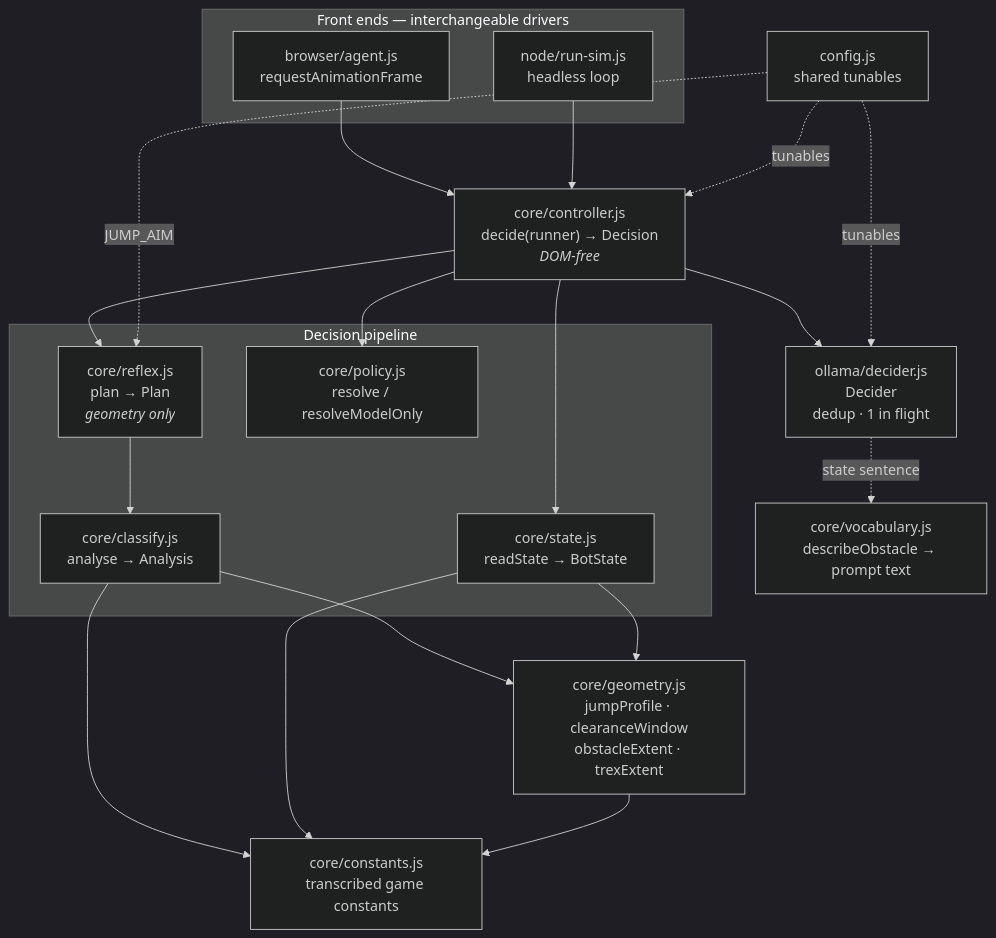
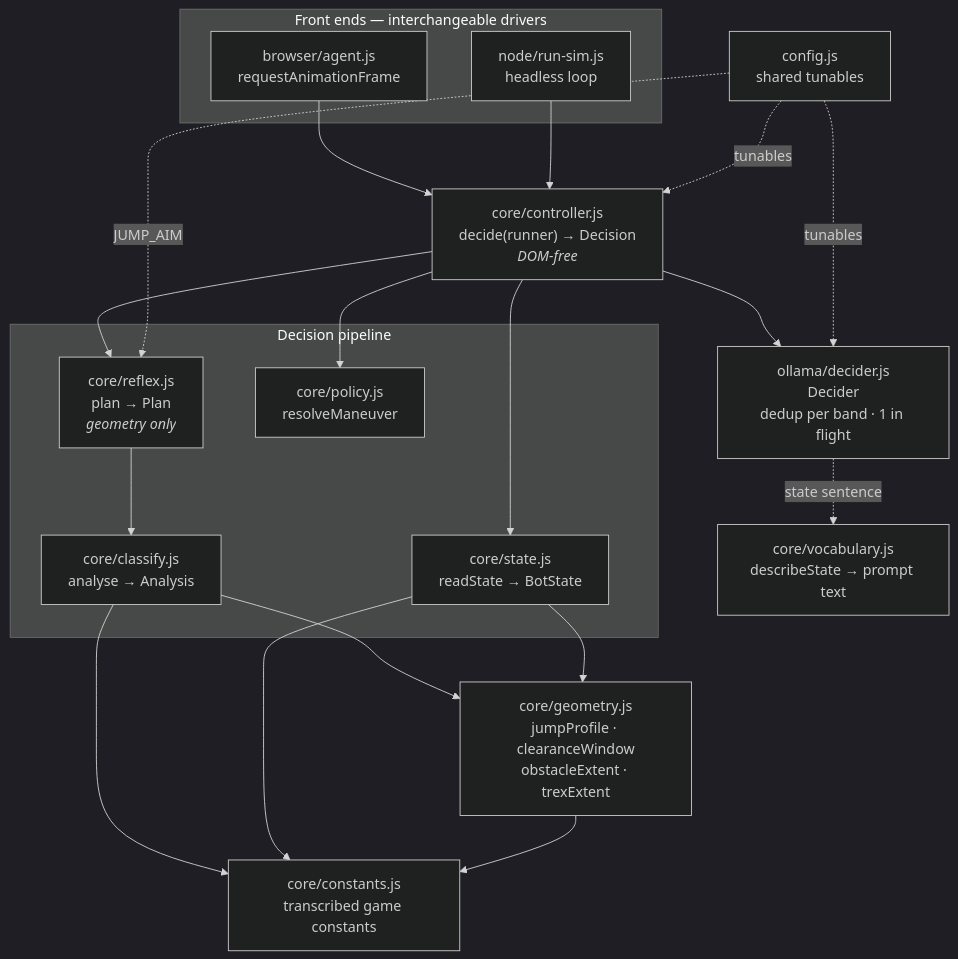
Before and after one commit to naufalmalikr/decisaur: the first of 8 diagrams in ARCHITECTURE.md, drawn with Mermaid (dark theme). The commit also changed other lines of this file and 18 other files, not shown here.

````diff
--- a/ARCHITECTURE.md
+++ b/ARCHITECTURE.md
@@ -21,39 +21,39 @@
 ```mermaid
 flowchart TD
     subgraph front["Front ends — interchangeable drivers"]
         BA["browser/agent.js<br/>requestAnimationFrame"]
         RS["node/run-sim.js<br/>headless loop"]
     end
 
     CTRL["core/controller.js<br/>decide(runner) → Decision<br/><i>DOM-free</i>"]
 
     subgraph core["Decision pipeline"]
         ST["core/state.js<br/>readState → BotState"]
         RF["core/reflex.js<br/>plan → Plan<br/><i>geometry only</i>"]
         CL["core/classify.js<br/>analyse → Analysis"]
-        PO["core/policy.js<br/>resolve / resolveModelOnly"]
+        PO["core/policy.js<br/>resolveManeuver"]
     end
 
-    DEC["ollama/decider.js<br/>Decider<br/>dedup · 1 in flight"]
+    DEC["ollama/decider.js<br/>Decider<br/>dedup per band · 1 in flight"]
     GEO["core/geometry.js<br/>jumpProfile · clearanceWindow<br/>obstacleExtent · trexExtent"]
-    VOC["core/vocabulary.js<br/>describeObstacle → prompt text"]
+    VOC["core/vocabulary.js<br/>describeState → prompt text"]
     CN["core/constants.js<br/>transcribed game constants"]
     CFG["config.js<br/>shared tunables"]
 
     BA --> CTRL
     RS --> CTRL
     CTRL --> ST
     CTRL --> RF
     RF --> CL
     CL --> GEO
     CL --> CN
     ST --> CN
     ST --> GEO
     CTRL --> DEC
     CTRL --> PO
     DEC -.state sentence.-> VOC
     GEO --> CN
     CFG -.tunables.-> CTRL
     CFG -.tunables.-> DEC
     CFG -.JUMP_AIM.-> RF
 ```
````
